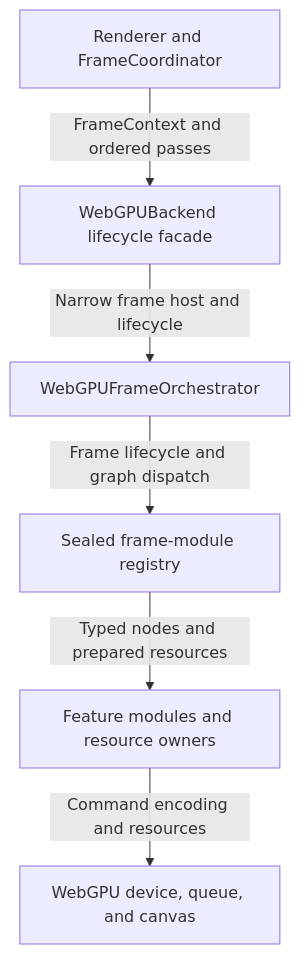
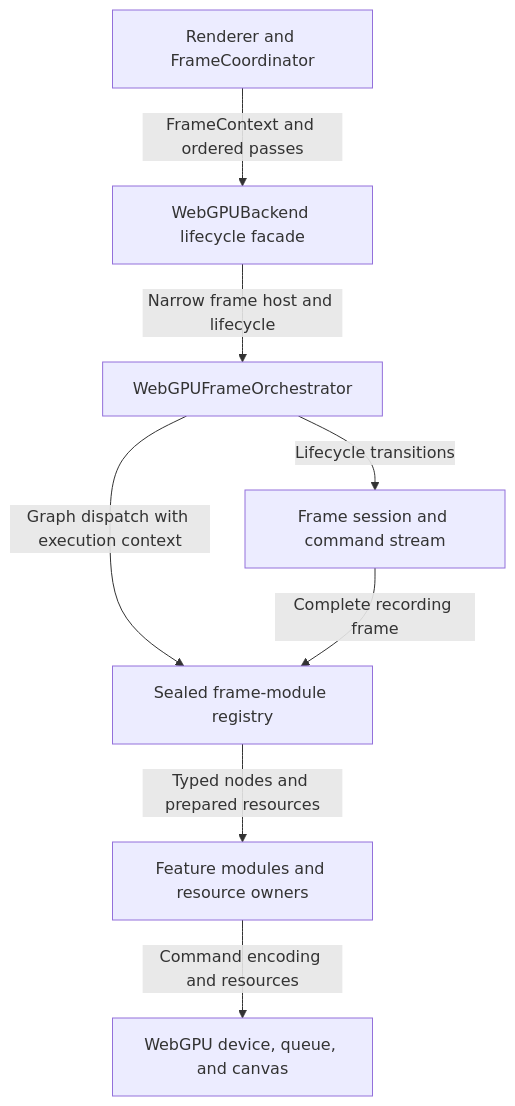
The first of 2 diagrams in docs/architecture/webgpu.md (Kunelinmc/IgnisRenderer), drawn with Mermaid before and after one commit. The commit also changed other lines of this file and 48 other files, not shown here.

Commit message:
refactor(webgpu): isolate frame execution state

````diff
--- a/docs/architecture/webgpu.md
+++ b/docs/architecture/webgpu.md
@@ -9,15 +9,18 @@
 ```mermaid
 flowchart TB
 	R["Renderer and FrameCoordinator"]
 	B["WebGPUBackend lifecycle facade"]
 	G["WebGPUFrameOrchestrator"]
+	S["Frame session and command stream"]
 	M["Sealed frame-module registry"]
 	X["Feature modules and resource owners"]
 	W["WebGPU device, queue, and canvas"]
 
 	R -->|"FrameContext and ordered passes"| B
 	B -->|"Narrow frame host and lifecycle"| G
-	G -->|"Frame lifecycle and graph dispatch"| M
+	G -->|"Lifecycle transitions"| S
+	G -->|"Graph dispatch with execution context"| M
+	S -->|"Complete recording frame"| M
 	M -->|"Typed nodes and prepared resources"| X
 	X -->|"Command encoding and resources"| W
 ```
````
